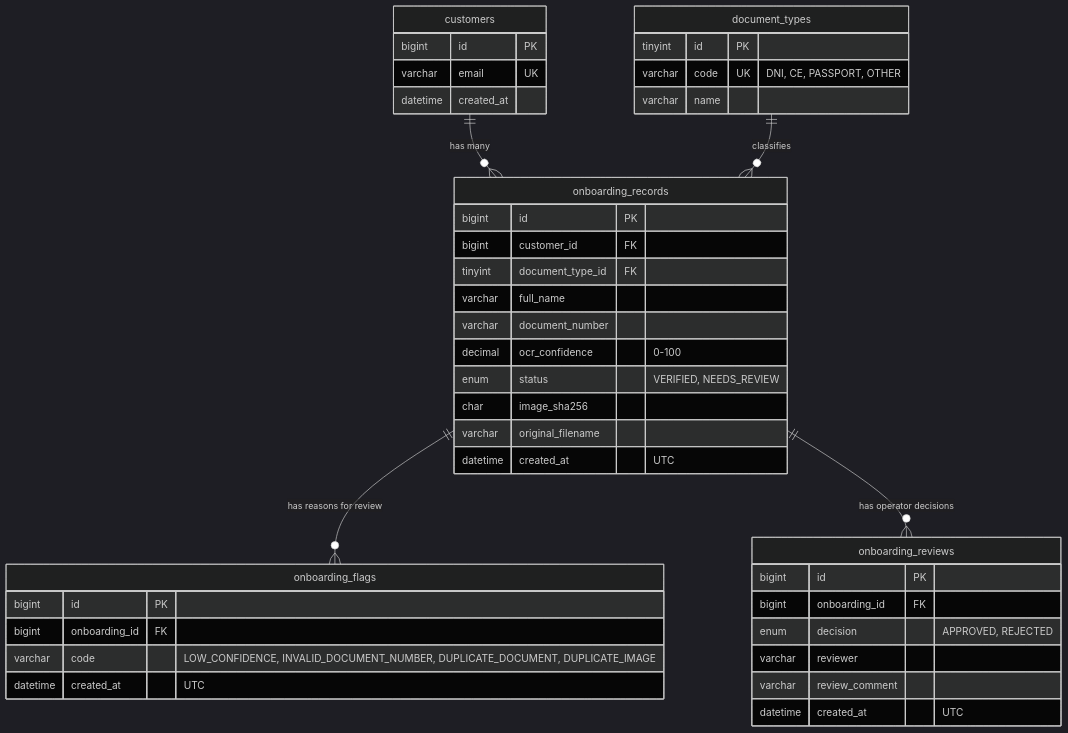
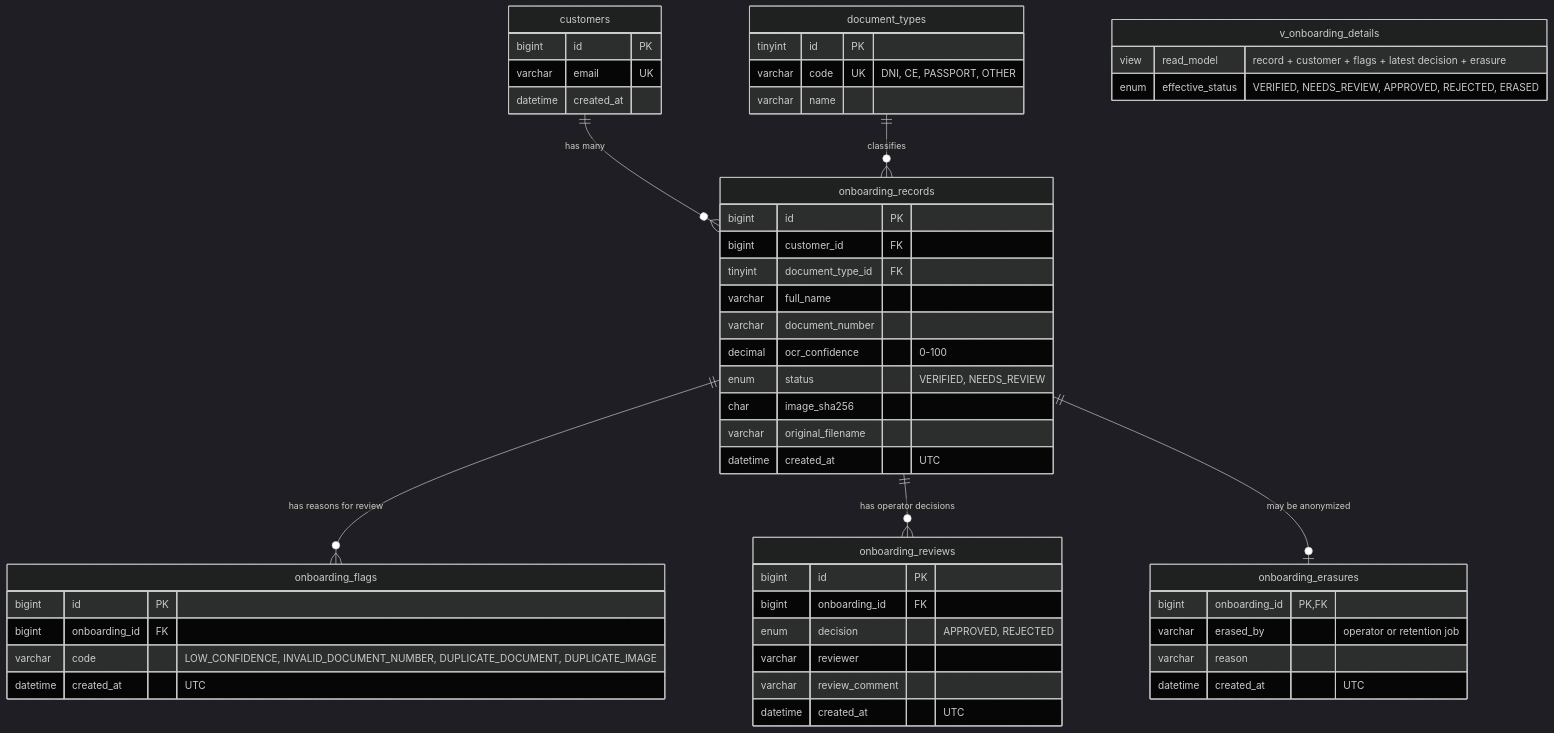
Before and after one commit to rosalesdev928/mini-kyc: the diagram in docs/diagrams/data-model.mmd, drawn with Mermaid (dark theme). The commit also changed 11 other files, not shown here.

Commit message:
docs: update README, diagrams, mockup and defense notes

```diff
--- a/docs/diagrams/data-model.mmd
+++ b/docs/diagrams/data-model.mmd
@@ -1,42 +1,53 @@
 erDiagram
     customers ||--o{ onboarding_records : "has many"
     document_types ||--o{ onboarding_records : "classifies"
     onboarding_records ||--o{ onboarding_flags : "has reasons for review"
     onboarding_records ||--o{ onboarding_reviews : "has operator decisions"
+    onboarding_records ||--o| onboarding_erasures : "may be anonymized"
 
     customers {
         bigint id PK
         varchar email UK
         datetime created_at
     }
     document_types {
         tinyint id PK
         varchar code UK "DNI, CE, PASSPORT, OTHER"
         varchar name
     }
     onboarding_records {
         bigint id PK
         bigint customer_id FK
         tinyint document_type_id FK
         varchar full_name
         varchar document_number
         decimal ocr_confidence "0-100"
         enum status "VERIFIED, NEEDS_REVIEW"
         char image_sha256
         varchar original_filename
         datetime created_at "UTC"
     }
     onboarding_flags {
         bigint id PK
         bigint onboarding_id FK
         varchar code "LOW_CONFIDENCE, INVALID_DOCUMENT_NUMBER, DUPLICATE_DOCUMENT, DUPLICATE_IMAGE"
         datetime created_at "UTC"
     }
     onboarding_reviews {
         bigint id PK
         bigint onboarding_id FK
         enum decision "APPROVED, REJECTED"
         varchar reviewer
         varchar review_comment
         datetime created_at "UTC"
     }
+    onboarding_erasures {
+        bigint onboarding_id PK, FK
+        varchar erased_by "operator or retention job"
+        varchar reason
+        datetime created_at "UTC"
+    }
+    v_onboarding_details {
+        view read_model "record + customer + flags + latest decision + erasure"
+        enum effective_status "VERIFIED, NEEDS_REVIEW, APPROVED, REJECTED, ERASED"
+    }
```
